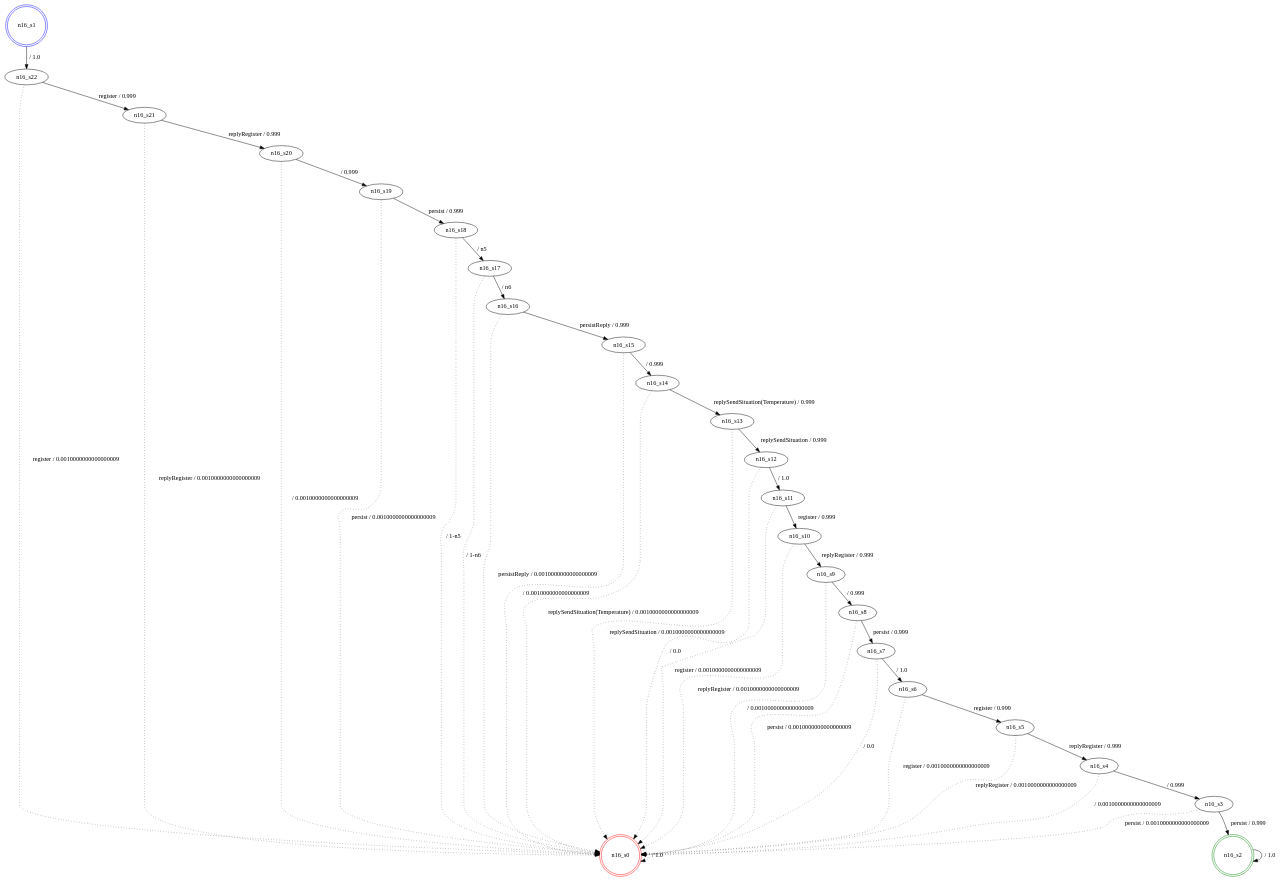
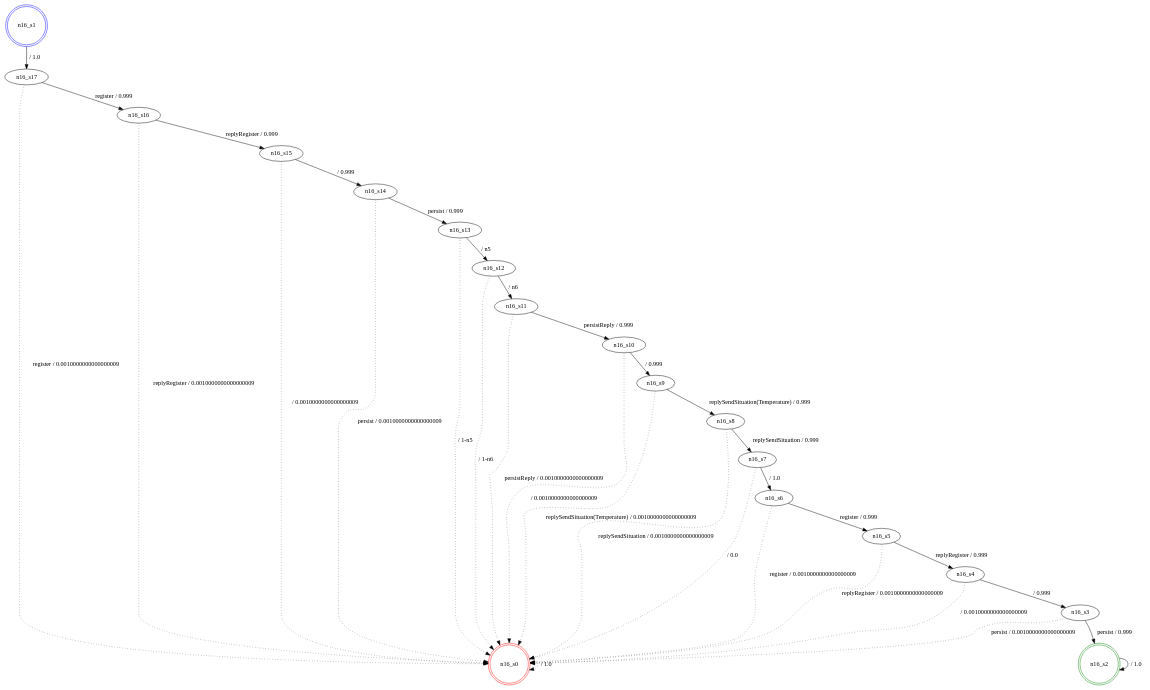
One commit to SPLMC/spl-generator changed the diagram in src/generatedModels/fdtmc_n16.dot. Above: the diagram before and after it, drawn with Graphviz. The commit also changed 43 other files, not shown here.

```diff
--- a/src/generatedModels/fdtmc_n16.dot
+++ b/src/generatedModels/fdtmc_n16.dot
@@ -1,68 +1,53 @@
 digraph graphname {
 n16_s0 [label="n16_s0",color=red,shape=doublecircle ];
 n16_s1 [label="n16_s1",color=blue,shape=doublecircle ];
 n16_s2 [label="n16_s2",color=green,shape=doublecircle ];
 n16_s3 [label="n16_s3" ];
 n16_s4 [label="n16_s4" ];
 n16_s5 [label="n16_s5" ];
 n16_s6 [label="n16_s6" ];
 n16_s7 [label="n16_s7" ];
 n16_s8 [label="n16_s8" ];
 n16_s9 [label="n16_s9" ];
 n16_s10 [label="n16_s10" ];
 n16_s11 [label="n16_s11" ];
 n16_s12 [label="n16_s12" ];
 n16_s13 [label="n16_s13" ];
 n16_s14 [label="n16_s14" ];
 n16_s15 [label="n16_s15" ];
 n16_s16 [label="n16_s16" ];
 n16_s17 [label="n16_s17" ];
-n16_s18 [label="n16_s18" ];
-n16_s19 [label="n16_s19" ];
-n16_s20 [label="n16_s20" ];
-n16_s21 [label="n16_s21" ];
-n16_s22 [label="n16_s22" ];
 n16_s0 -> n16_s0 [label=" / 1.0", style=dotted];
-n16_s1 -> n16_s22 [label=" / 1.0"];
+n16_s1 -> n16_s17 [label=" / 1.0"];
 n16_s2 -> n16_s2 [label=" / 1.0"];
 n16_s3 -> n16_s2 [label="persist / 0.999"];
 n16_s3 -> n16_s0 [label="persist / 0.0010000000000000009", style=dotted];
 n16_s4 -> n16_s3 [label=" / 0.999"];
 n16_s4 -> n16_s0 [label=" / 0.0010000000000000009", style=dotted];
 n16_s5 -> n16_s4 [label="replyRegister / 0.999"];
 n16_s5 -> n16_s0 [label="replyRegister / 0.0010000000000000009", style=dotted];
 n16_s6 -> n16_s5 [label="register / 0.999"];
 n16_s6 -> n16_s0 [label="register / 0.0010000000000000009", style=dotted];
 n16_s7 -> n16_s6 [label=" / 1.0"];
 n16_s7 -> n16_s0 [label=" / 0.0", style=dotted];
-n16_s8 -> n16_s7 [label="persist / 0.999"];
-n16_s8 -> n16_s0 [label="persist / 0.0010000000000000009", style=dotted];
-n16_s9 -> n16_s8 [label=" / 0.999"];
-n16_s9 -> n16_s0 [label=" / 0.0010000000000000009", style=dotted];
-n16_s10 -> n16_s9 [label="replyRegister / 0.999"];
-n16_s10 -> n16_s0 [label="replyRegister / 0.0010000000000000009", style=dotted];
-n16_s11 -> n16_s10 [label="register / 0.999"];
-n16_s11 -> n16_s0 [label="register / 0.0010000000000000009", style=dotted];
-n16_s12 -> n16_s11 [label=" / 1.0"];
-n16_s12 -> n16_s0 [label=" / 0.0", style=dotted];
-n16_s13 -> n16_s12 [label="replySendSituation / 0.999"];
-n16_s13 -> n16_s0 [label="replySendSituation / 0.0010000000000000009", style=dotted];
-n16_s14 -> n16_s13 [label="replySendSituation(Temperature) / 0.999"];
-n16_s14 -> n16_s0 [label="replySendSituation(Temperature) / 0.0010000000000000009", style=dotted];
+n16_s8 -> n16_s7 [label="replySendSituation / 0.999"];
+n16_s8 -> n16_s0 [label="replySendSituation / 0.0010000000000000009", style=dotted];
+n16_s9 -> n16_s8 [label="replySendSituation(Temperature) / 0.999"];
+n16_s9 -> n16_s0 [label="replySendSituation(Temperature) / 0.0010000000000000009", style=dotted];
+n16_s10 -> n16_s9 [label=" / 0.999"];
+n16_s10 -> n16_s0 [label=" / 0.0010000000000000009", style=dotted];
+n16_s11 -> n16_s10 [label="persistReply / 0.999"];
+n16_s11 -> n16_s0 [label="persistReply / 0.0010000000000000009", style=dotted];
+n16_s12 -> n16_s11 [label=" / n6"];
+n16_s12 -> n16_s0 [label=" / 1-n6", style=dotted];
+n16_s13 -> n16_s12 [label=" / n5"];
+n16_s13 -> n16_s0 [label=" / 1-n5", style=dotted];
+n16_s14 -> n16_s13 [label="persist / 0.999"];
+n16_s14 -> n16_s0 [label="persist / 0.0010000000000000009", style=dotted];
 n16_s15 -> n16_s14 [label=" / 0.999"];
 n16_s15 -> n16_s0 [label=" / 0.0010000000000000009", style=dotted];
-n16_s16 -> n16_s15 [label="persistReply / 0.999"];
-n16_s16 -> n16_s0 [label="persistReply / 0.0010000000000000009", style=dotted];
-n16_s17 -> n16_s16 [label=" / n6"];
-n16_s17 -> n16_s0 [label=" / 1-n6", style=dotted];
-n16_s18 -> n16_s17 [label=" / n5"];
-n16_s18 -> n16_s0 [label=" / 1-n5", style=dotted];
-n16_s19 -> n16_s18 [label="persist / 0.999"];
-n16_s19 -> n16_s0 [label="persist / 0.0010000000000000009", style=dotted];
-n16_s20 -> n16_s19 [label=" / 0.999"];
-n16_s20 -> n16_s0 [label=" / 0.0010000000000000009", style=dotted];
-n16_s21 -> n16_s20 [label="replyRegister / 0.999"];
-n16_s21 -> n16_s0 [label="replyRegister / 0.0010000000000000009", style=dotted];
-n16_s22 -> n16_s21 [label="register / 0.999"];
-n16_s22 -> n16_s0 [label="register / 0.0010000000000000009", style=dotted];
+n16_s16 -> n16_s15 [label="replyRegister / 0.999"];
+n16_s16 -> n16_s0 [label="replyRegister / 0.0010000000000000009", style=dotted];
+n16_s17 -> n16_s16 [label="register / 0.999"];
+n16_s17 -> n16_s0 [label="register / 0.0010000000000000009", style=dotted];
 }
```
